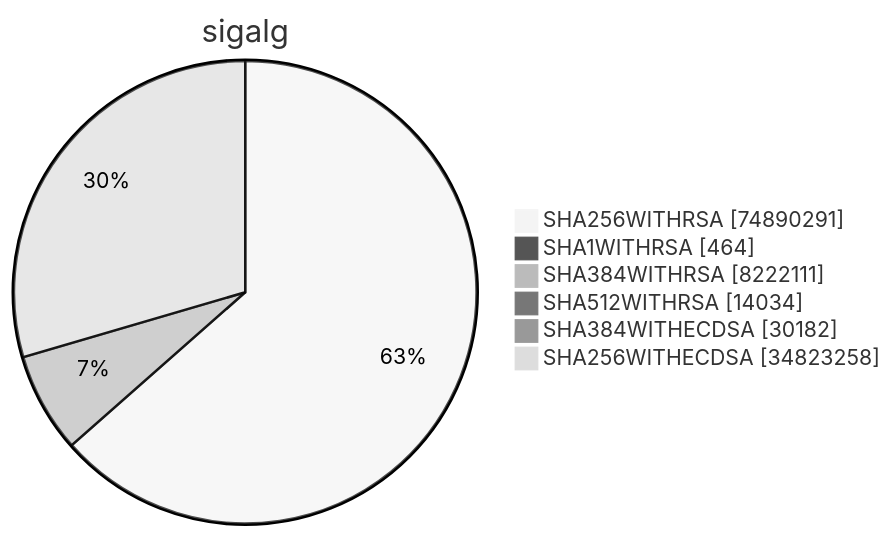
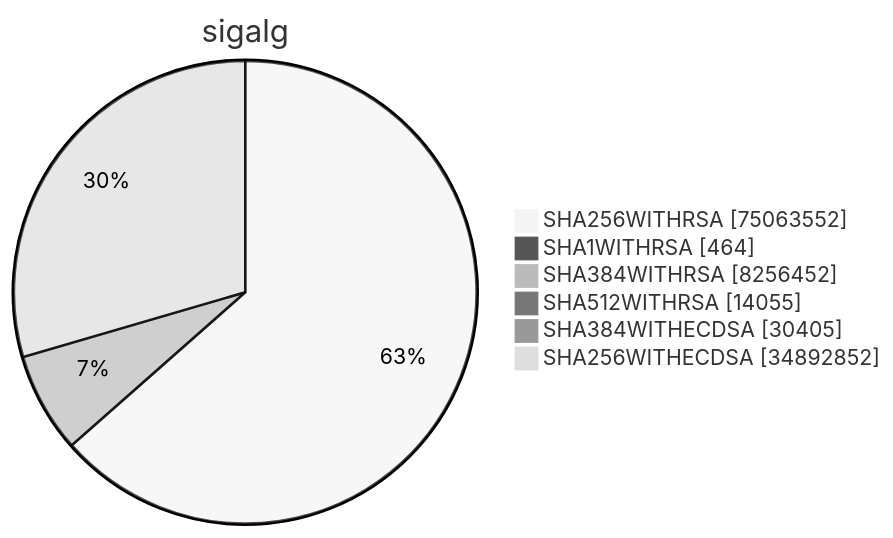
Diagram 15 of 15 in argon2023/README.md (christiankrug/ctmonitor_visualization), drawn with Mermaid (neutral theme) before and after one commit. The commit also changed other lines of this file, not shown here.

````diff
--- a/argon2023/README.md
+++ b/argon2023/README.md
@@ -4550,10 +4559,10 @@
 ```mermaid
 pie showData
 title sigalg
-"SHA256WITHRSA" :74890291
+"SHA256WITHRSA" :75063552
 "SHA1WITHRSA" :464
-"SHA384WITHRSA" :8222111
-"SHA512WITHRSA" :14034
-"SHA384WITHECDSA" :30182
-"SHA256WITHECDSA" :34823258
+"SHA384WITHRSA" :8256452
+"SHA512WITHRSA" :14055
+"SHA384WITHECDSA" :30405
+"SHA256WITHECDSA" :34892852
 ```
````
